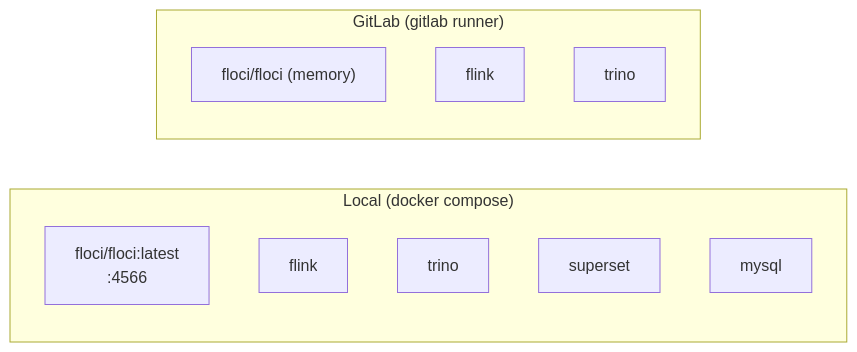
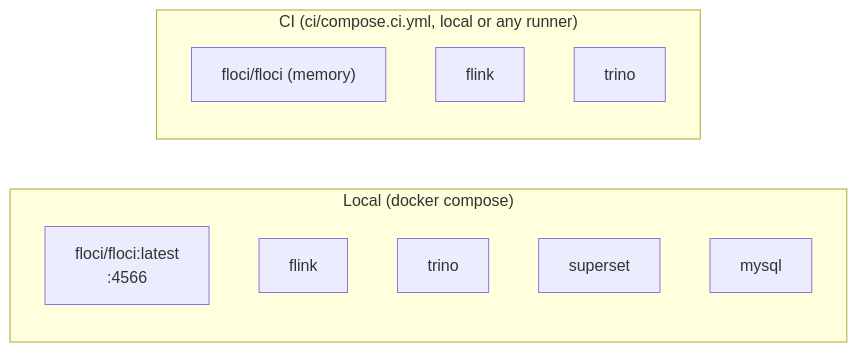
Before and after one commit to thescriptingcave/streaming-vitals-lakehouse: the second of 2 diagrams in docs/ARCHITECTURE.md, drawn with Mermaid. The commit also changed other lines of this file and 6 other files, not shown here.

Commit message:
chore: remove GitLab (never used); CI is local make gates

````diff
--- a/docs/ARCHITECTURE.md
+++ b/docs/ARCHITECTURE.md
@@ -85,15 +85,15 @@
 ```mermaid
 flowchart LR
     subgraph Dev["Local (docker compose)"]
         f["floci/floci:latest<br/>:4566"]
         fl["flink"]
         tr["trino"]
         su["superset"]
         my["mysql"]
     end
-    subgraph CI["GitLab (gitlab runner)"]
+    subgraph CI["CI (ci/compose.ci.yml, local or any runner)"]
         fc["floci/floci (memory)"]
         flc["flink"]
         trc["trino"]
     end
 ```
````
